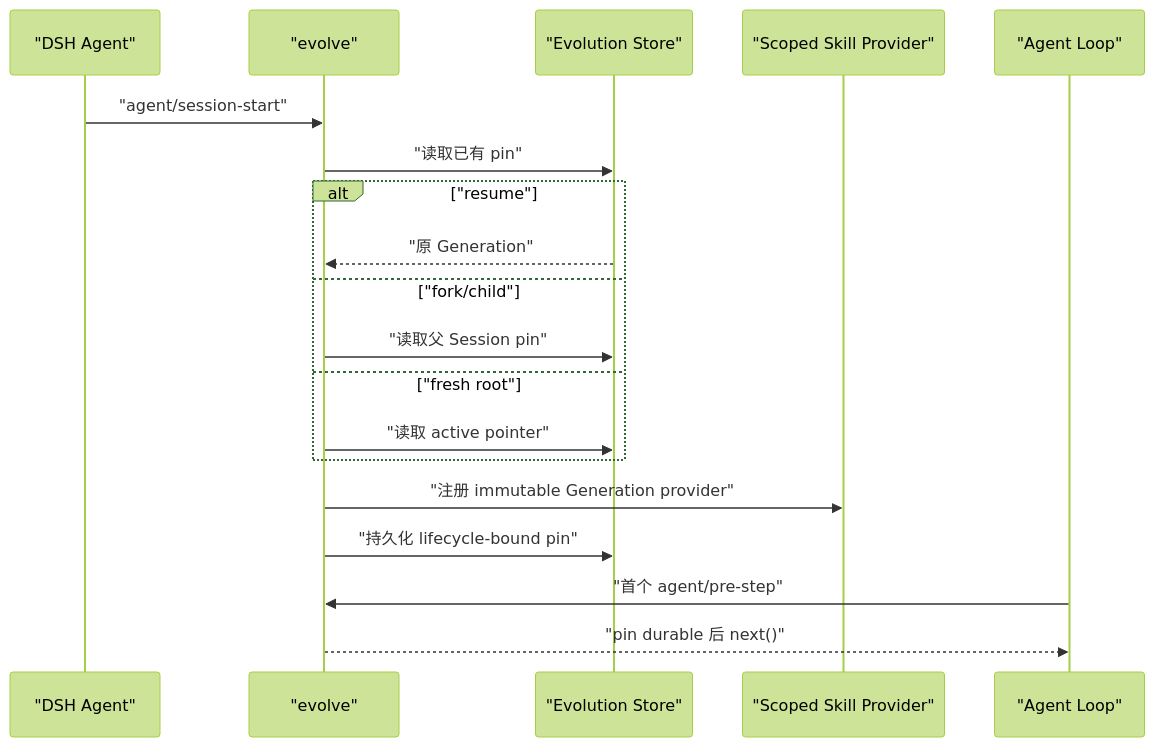
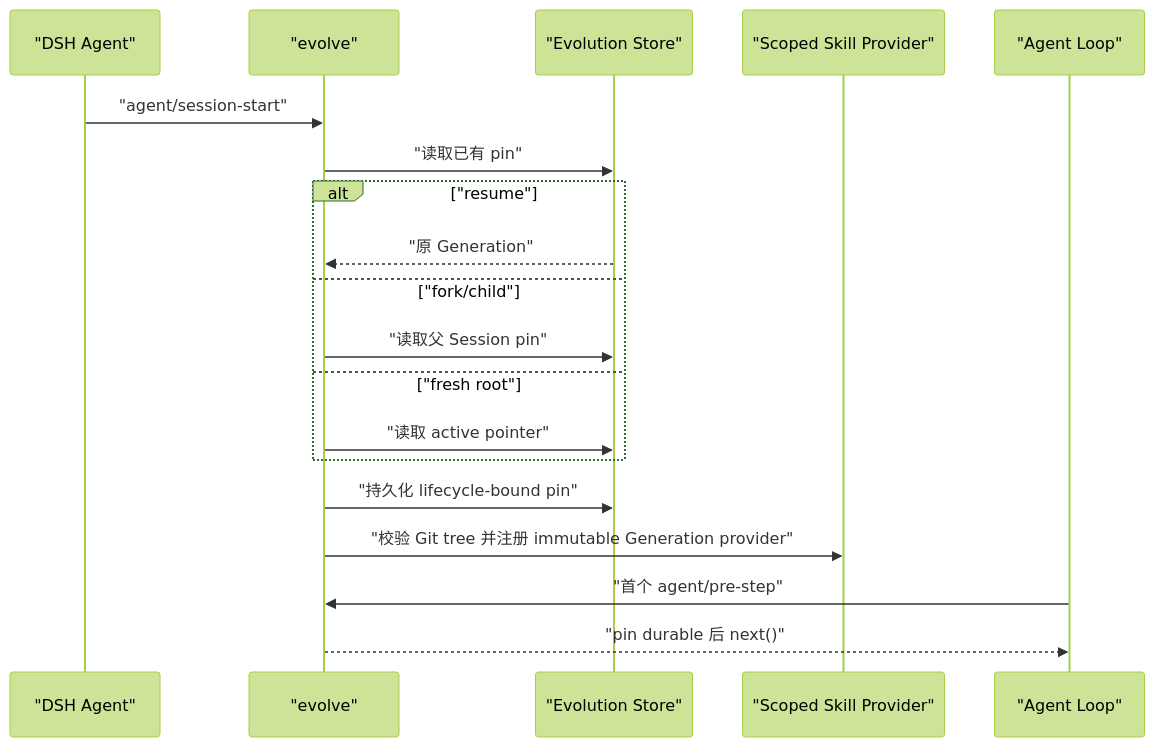
The diagram in docs/architecture/evolution-design.zh.md (deepseek-harness-evoforge/dsh-evoforge), drawn with Mermaid (forest theme) before and after one commit. The commit also changed other lines of this file and 25 other files, not shown here.

````diff
--- a/docs/architecture/evolution-design.zh.md
+++ b/docs/architecture/evolution-design.zh.md
@@ -151,22 +151,22 @@
 ```mermaid
 sequenceDiagram
   participant A as "DSH Agent"
   participant E as "evolve"
   participant S as "Evolution Store"
   participant K as "Scoped Skill Provider"
   participant L as "Agent Loop"
 
   A->>E: "agent/session-start"
   E->>S: "读取已有 pin"
   alt "resume"
     S-->>E: "原 Generation"
   else "fork/child"
     E->>S: "读取父 Session pin"
   else "fresh root"
     E->>S: "读取 active pointer"
   end
-  E->>K: "注册 immutable Generation provider"
   E->>S: "持久化 lifecycle-bound pin"
+  E->>K: "校验 Git tree 并注册 immutable Generation provider"
   L->>E: "首个 agent/pre-step"
   E-->>L: "pin durable 后 next()"
 ```
````
